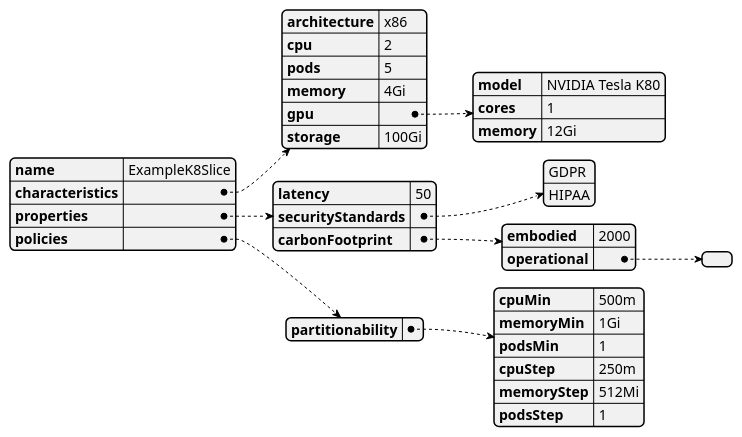
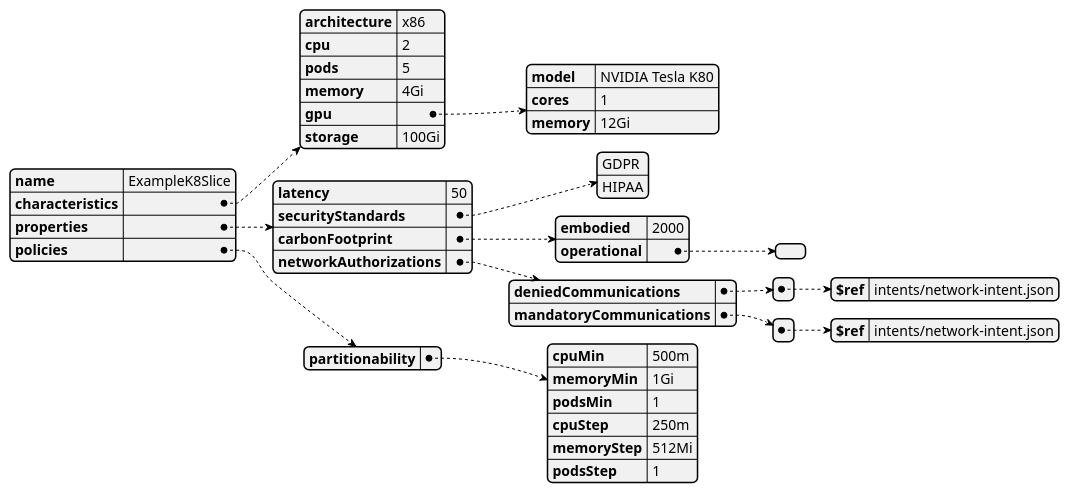
The diagram in puml/models/examples/flavor-types/k8slice.puml (fluidos-project/REAR-data-models), drawn with PlantUML before and after one commit. The commit also changed 13 other files, not shown here.

```diff
--- a/puml/models/examples/flavor-types/k8slice.puml
+++ b/puml/models/examples/flavor-types/k8slice.puml
@@ -1,39 +1,51 @@
 @startjson
 {
     "name": "ExampleK8Slice",
     "characteristics": {
         "architecture": "x86",
         "cpu": "2",
         "pods": "5",
         "memory": "4Gi",
         "gpu": {
             "model": "NVIDIA Tesla K80",
             "cores": "1",
             "memory": "12Gi"
         },
         "storage": "100Gi"
     },
     "properties": {
         "latency": 50,
         "securityStandards": [
             "GDPR",
             "HIPAA"
         ],
         "carbonFootprint": {
             "embodied": 2000,
             "operational": []
+        },
+        "networkAuthorizations": {
+            "deniedCommunications": [
+                {
+                    "$ref": "intents/network-intent.json"
+                }
+            ],
+            "mandatoryCommunications": [
+                {
+                    "$ref": "intents/network-intent.json"
+                }
+            ]
         }
     },
     "policies": {
         "partitionability": {
             "cpuMin": "500m",
             "memoryMin": "1Gi",
             "podsMin": "1",
             "cpuStep": "250m",
             "memoryStep": "512Mi",
             "podsStep": "1"
         }
     }
 }
 
 @endjson
```
